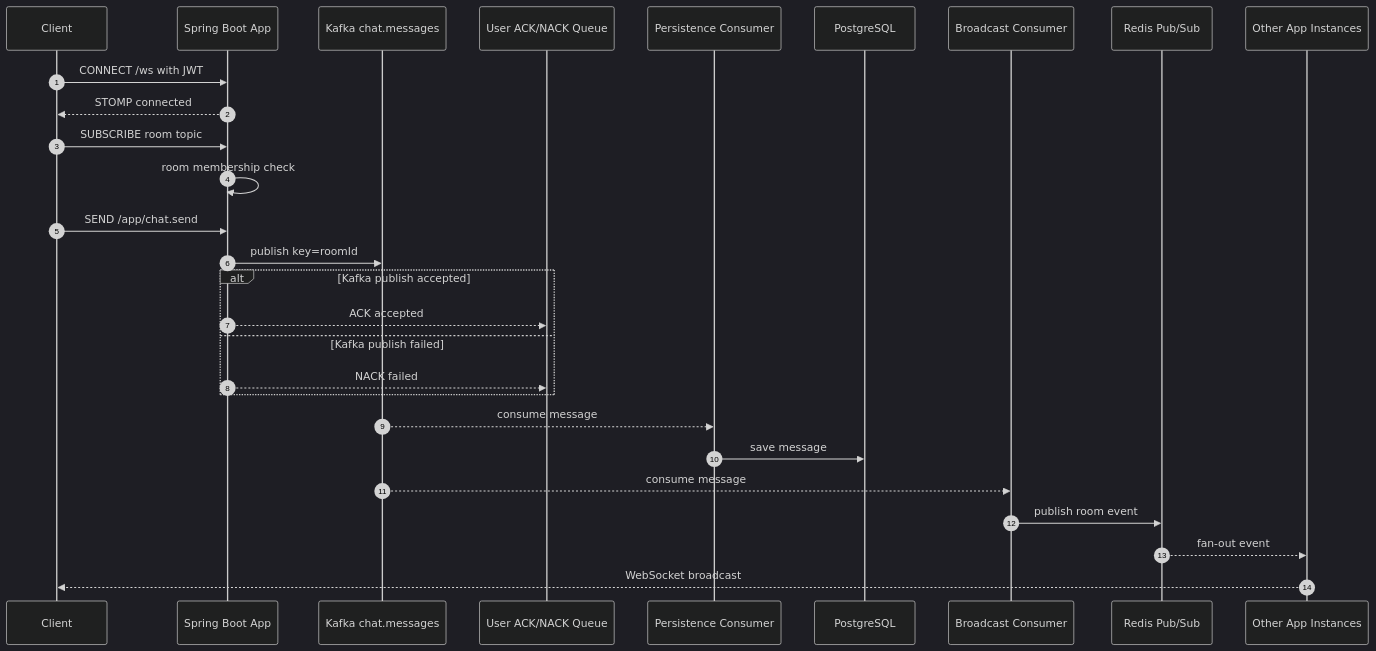
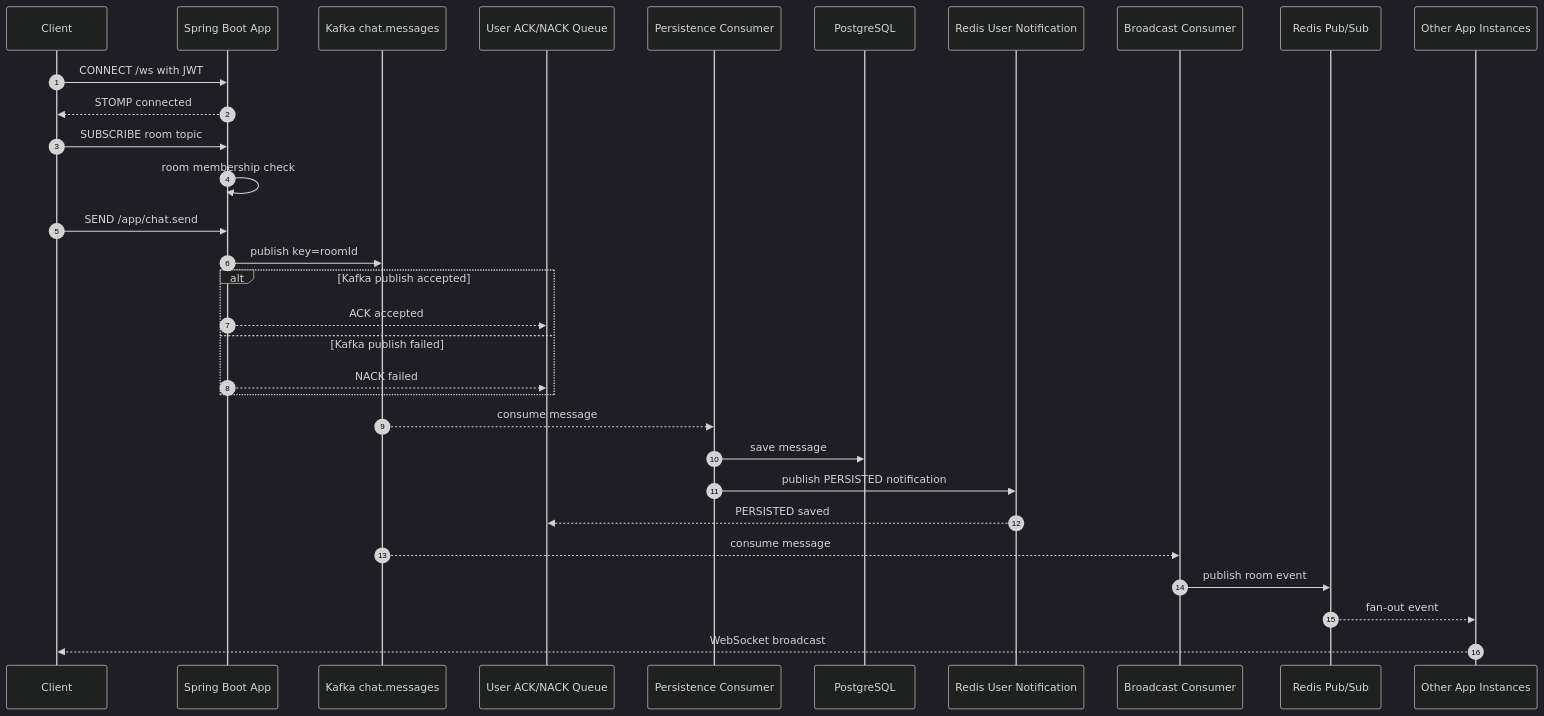
One commit to sjh9714/realtime-chat changed the first of 2 diagrams in docs/DESIGN.md. Above: the diagram before and after it, drawn with Mermaid (dark theme). The commit also changed other lines of this file and 11 other files, not shown here.

````diff
--- a/docs/DESIGN.md
+++ b/docs/DESIGN.md
@@ -67,31 +67,34 @@
 ```mermaid
 sequenceDiagram
     autonumber
     participant Client
     participant App as Spring Boot App
     participant Kafka as Kafka chat.messages
     participant UserQueue as User ACK/NACK Queue
     participant Persist as Persistence Consumer
     participant DB as PostgreSQL
+    participant UserNotify as Redis User Notification
     participant Broadcast as Broadcast Consumer
     participant Redis as Redis Pub/Sub
     participant OtherApp as Other App Instances
 
     Client->>App: CONNECT /ws with JWT
     App-->>Client: STOMP connected
     Client->>App: SUBSCRIBE room topic
     App->>App: room membership check
     Client->>App: SEND /app/chat.send
     App->>Kafka: publish key=roomId
     alt Kafka publish accepted
         App-->>UserQueue: ACK accepted
     else Kafka publish failed
         App-->>UserQueue: NACK failed
     end
     Kafka-->>Persist: consume message
     Persist->>DB: save message
+    Persist->>UserNotify: publish PERSISTED notification
+    UserNotify-->>UserQueue: PERSISTED saved
     Kafka-->>Broadcast: consume message
     Broadcast->>Redis: publish room event
     Redis-->>OtherApp: fan-out event
     OtherApp-->>Client: WebSocket broadcast
 ```
````
